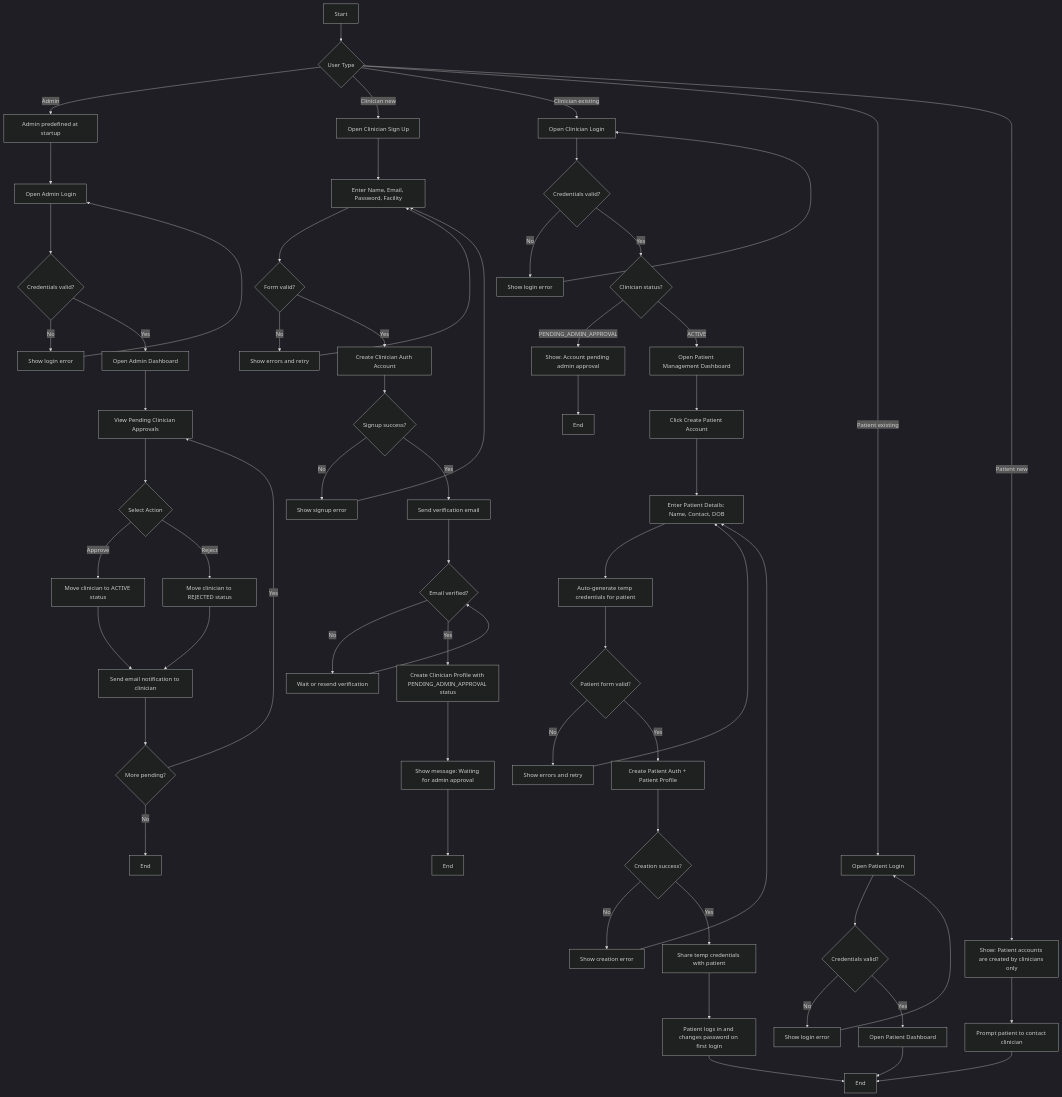
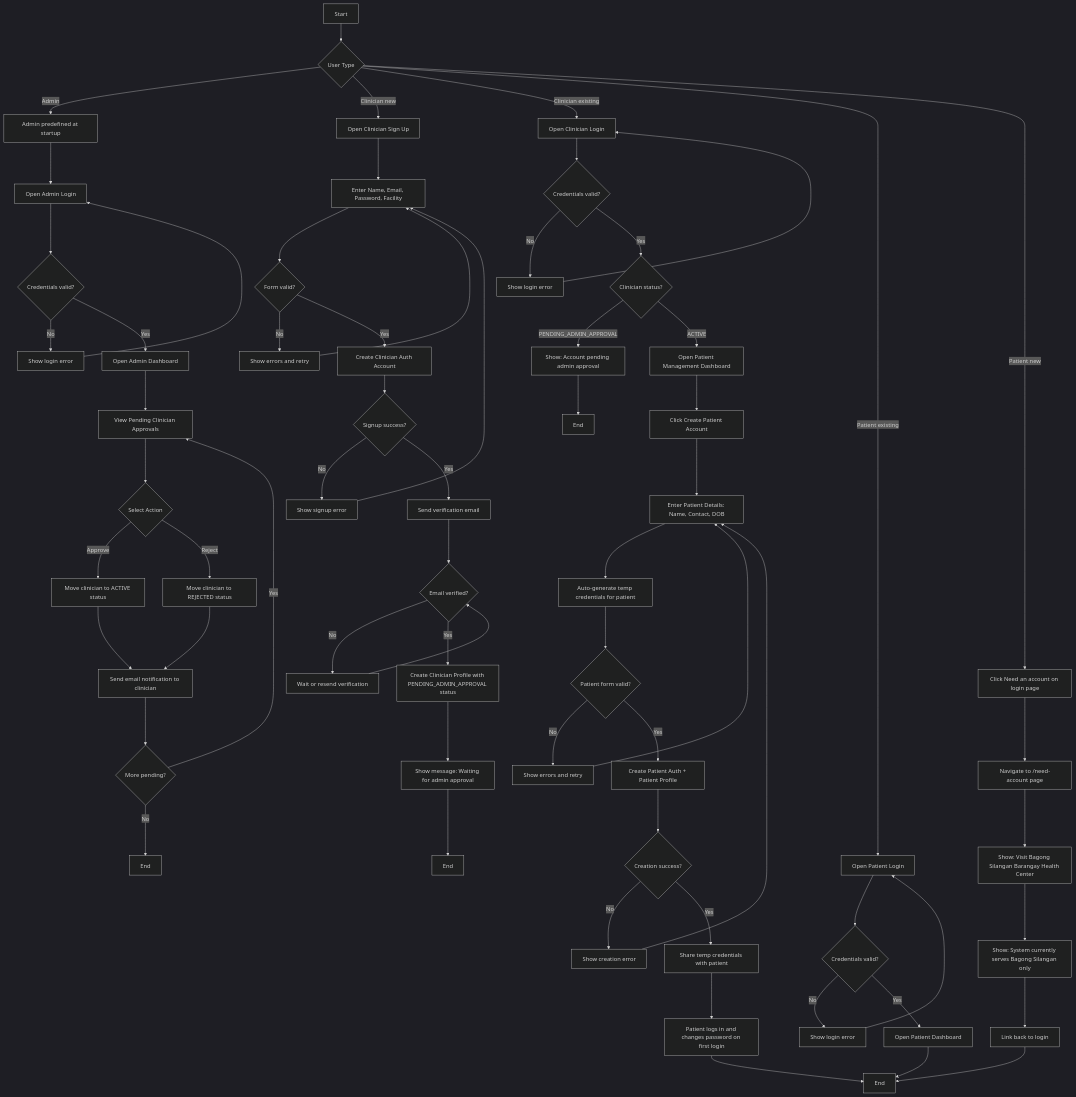
One commit to notlath/aill-be-sick changed the diagram in docs/ACCOUNT_CREATION_FLOWCHART.md. Above: the diagram before and after it, drawn with Mermaid (dark theme). The commit also changed 2 other files, not shown here.

Commit message:
feat: Add mandatory pre-completion checklist and update account creation flowchart for new patient navigation

````diff
--- a/docs/ACCOUNT_CREATION_FLOWCHART.md
+++ b/docs/ACCOUNT_CREATION_FLOWCHART.md
@@ -3,76 +3,79 @@
 ```mermaid
 flowchart TD
     A[Start] --> B{User Type}
 
     %% ADMIN PATH (System-created, no self-signup)
     B -->|Admin| A1[Admin predefined at startup]
     A1 --> A2[Open Admin Login]
     A2 --> A3{Credentials valid?}
     A3 -->|No| A4[Show login error]
     A4 --> A2
     A3 -->|Yes| A5[Open Admin Dashboard]
     A5 --> A6[View Pending Clinician Approvals]
     A6 --> A7{Select Action}
     A7 -->|Approve| A8[Move clinician to ACTIVE status]
     A7 -->|Reject| A9[Move clinician to REJECTED status]
     A8 --> A10[Send email notification to clinician]
     A9 --> A10
     A10 --> A11{More pending?}
     A11 -->|Yes| A6
     A11 -->|No| A12[End]
 
     %% CLINICIAN NEW PATH
     B -->|Clinician new| C[Open Clinician Sign Up]
     C --> D[Enter Name, Email, Password, Facility]
     D --> E{Form valid?}
     E -->|No| E1[Show errors and retry]
     E1 --> D
     E -->|Yes| F[Create Clinician Auth Account]
     F --> G{Signup success?}
     G -->|No| G1[Show signup error]
     G1 --> D
     G -->|Yes| H[Send verification email]
     H --> I{Email verified?}
     I -->|No| I1[Wait or resend verification]
     I1 --> I
     I -->|Yes| J[Create Clinician Profile with PENDING_ADMIN_APPROVAL status]
     J --> J1[Show message: Waiting for admin approval]
     J1 --> J2[End]
 
     %% CLINICIAN EXISTING PATH
     B -->|Clinician existing| K[Open Clinician Login]
     K --> L{Credentials valid?}
     L -->|No| L1[Show login error]
     L1 --> K
     L -->|Yes| M{Clinician status?}
     M -->|PENDING_ADMIN_APPROVAL| M1[Show: Account pending admin approval]
     M1 --> M2[End]
     M -->|ACTIVE| N[Open Patient Management Dashboard]
 
     N --> O[Click Create Patient Account]
     O --> P[Enter Patient Details: Name, Contact, DOB]
     P --> Q[Auto-generate temp credentials for patient]
     Q --> R{Patient form valid?}
     R -->|No| R1[Show errors and retry]
     R1 --> P
     R -->|Yes| S[Create Patient Auth + Patient Profile]
     S --> T{Creation success?}
     T -->|No| T1[Show creation error]
     T1 --> P
     T -->|Yes| U[Share temp credentials with patient]
     U --> V[Patient logs in and changes password on first login]
     V --> W[End]
 
     %% PATIENT EXISTING PATH
     B -->|Patient existing| X[Open Patient Login]
     X --> Y{Credentials valid?}
     Y -->|No| Y1[Show login error]
     Y1 --> X
     Y -->|Yes| Z[Open Patient Dashboard]
     Z --> W
 
     %% PATIENT NEW PATH
-    B -->|Patient new| X1[Show: Patient accounts are created by clinicians only]
-    X1 --> X2[Prompt patient to contact clinician]
-    X2 --> W
+    B -->|Patient new| X1[Click Need an account on login page]
+    X1 --> X2[Navigate to /need-account page]
+    X2 --> X3[Show: Visit Bagong Silangan Barangay Health Center]
+    X3 --> X4[Show: System currently serves Bagong Silangan only]
+    X4 --> X5[Link back to login]
+    X5 --> W
 ```
````
